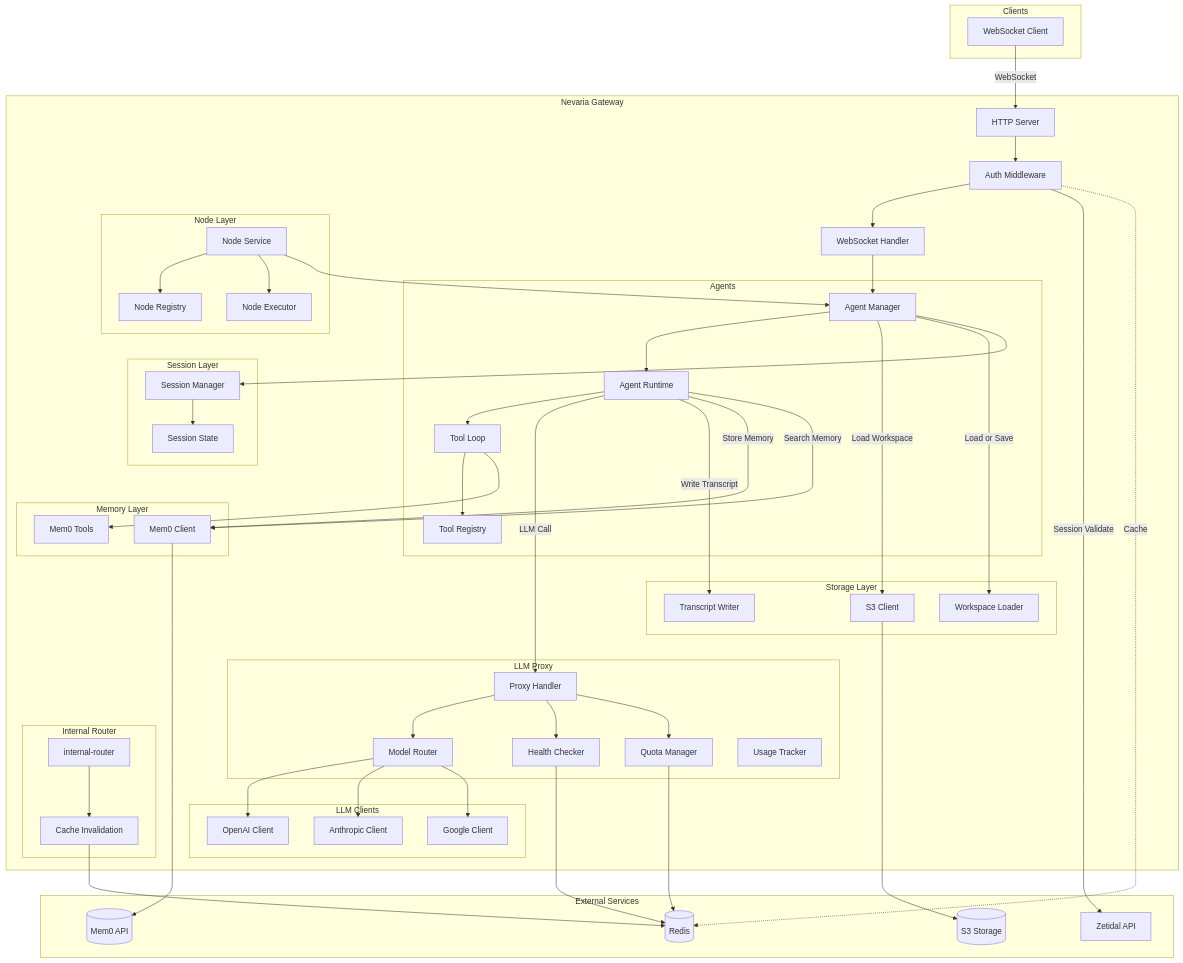
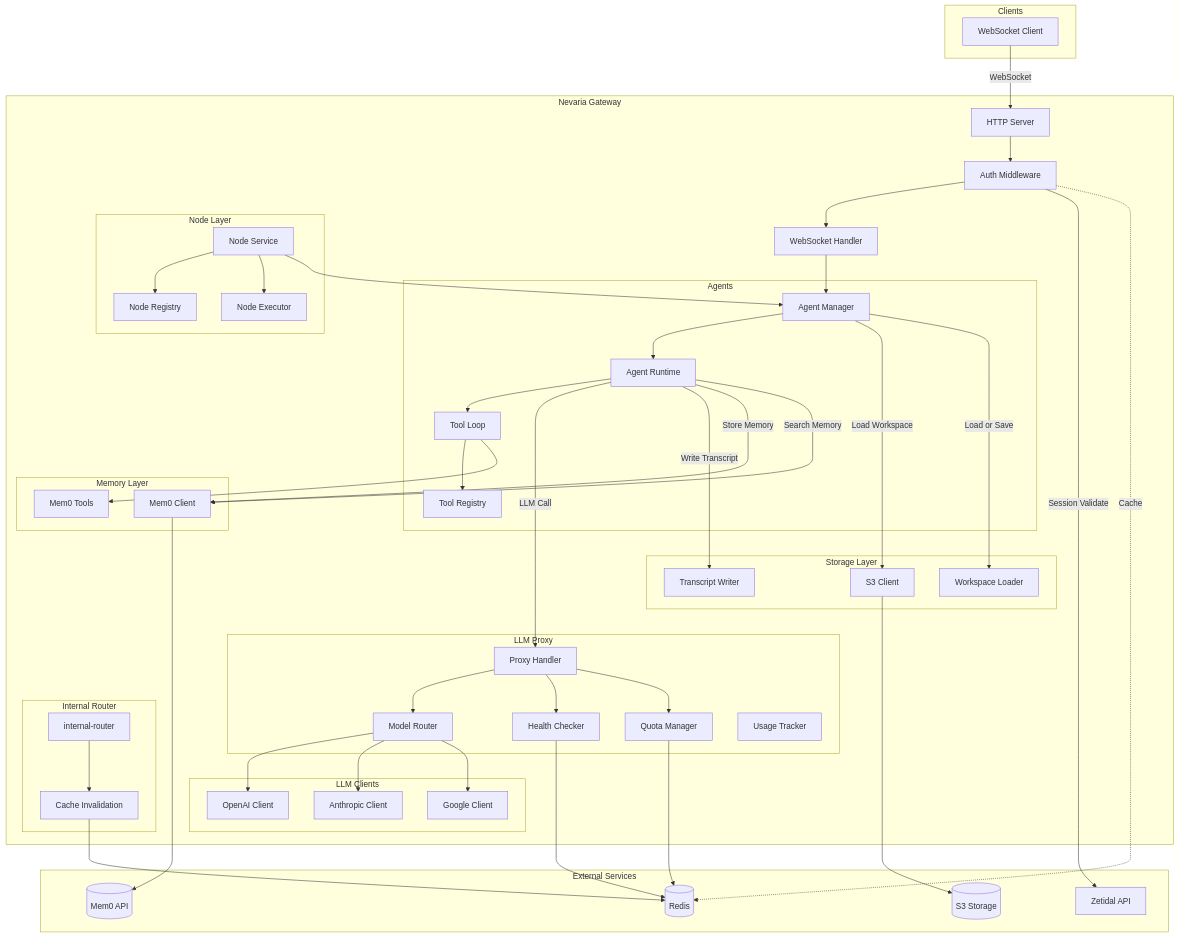
One commit to radch-ai/ava changed the diagram in docs/README.md. Above: the diagram before and after it, drawn with Mermaid. The commit also changed other lines of this file and 6 other files, not shown here.

```diff
--- a/docs/README.md
+++ b/docs/README.md
@@ -45,11 +45,6 @@
         subgraph MemoryLayer["Memory Layer"]
             Mem0Client[Mem0 Client]
             Mem0Tools[Mem0 Tools]
-        end
-
-        subgraph SessionLayer["Session Layer"]
-            SessionMgr[Session Manager]
-            SessionState[Session State]
         end
 
         subgraph NodeLayer["Node Layer"]
@@ -105,9 +100,6 @@
     S3Client --> S3
     Mem0Client --> Mem0API
 
-    SessionMgr --> SessionState
-    AgentMgr --> SessionMgr
-
     NodeService --> NodeRegistry
     NodeService --> NodeExecutor
     NodeService --> AgentMgr
```
